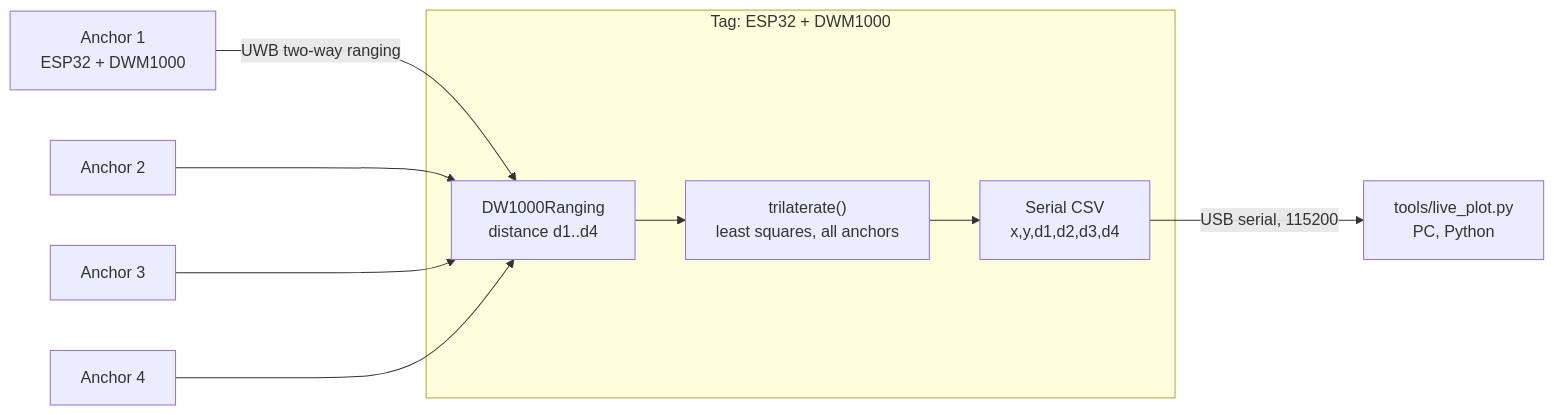
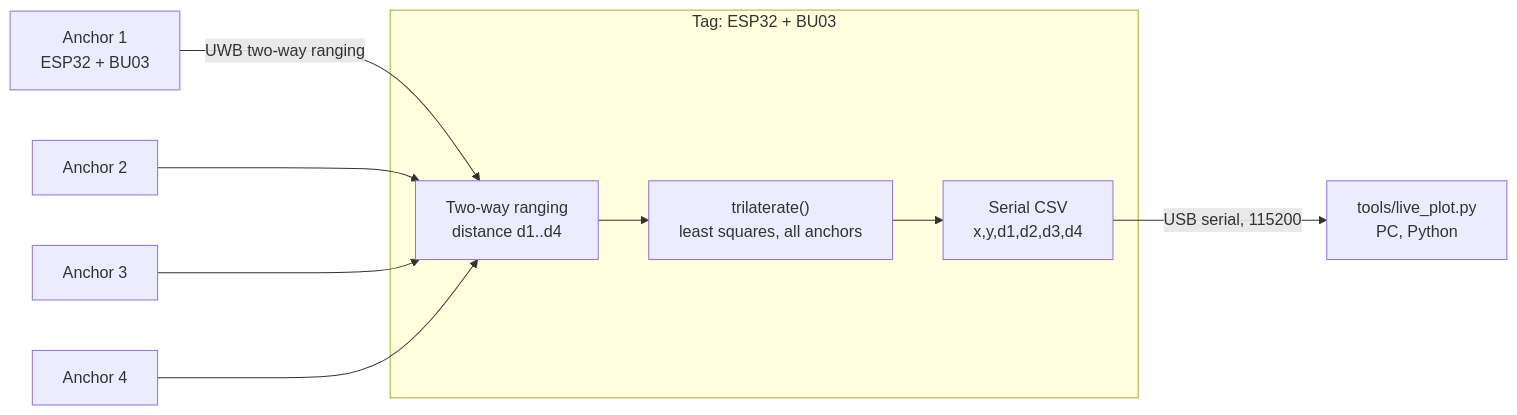
The second of 2 diagrams in docs/FILE_LAYOUT.md (rayyan429/swrm-uwb), drawn with Mermaid before and after one commit. The commit also changed other lines of this file and 3 other files, not shown here.

````diff
--- a/docs/FILE_LAYOUT.md
+++ b/docs/FILE_LAYOUT.md
@@ -53,18 +55,18 @@
 ```mermaid
 flowchart LR
-  A1["Anchor 1<br/>ESP32 + DWM1000"]
+  A1["Anchor 1<br/>ESP32 + BU03"]
   A2["Anchor 2"]
   A3["Anchor 3"]
   A4["Anchor 4"]
 
-  subgraph T["Tag: ESP32 + DWM1000"]
-    R["DW1000Ranging<br/>distance d1..d4"] --> S["trilaterate()<br/>least squares, all anchors"]
+  subgraph T["Tag: ESP32 + BU03"]
+    R["Two-way ranging<br/>distance d1..d4"] --> S["trilaterate()<br/>least squares, all anchors"]
     S --> O["Serial CSV<br/>x,y,d1,d2,d3,d4"]
   end
 
   A1 -- "UWB two-way ranging" --> R
   A2 --> R
   A3 --> R
   A4 --> R
   O -- "USB serial, 115200" --> P["tools/live_plot.py<br/>PC, Python"]
 ```
````
